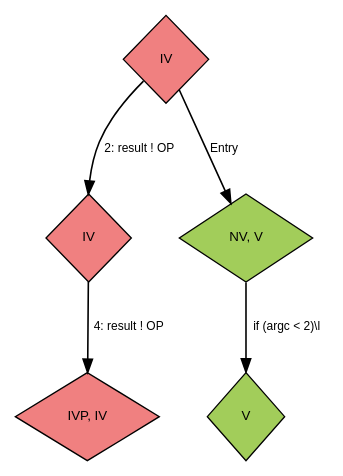
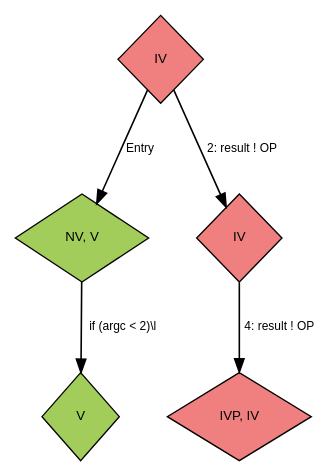
The diagram in exampleFiles/dots/llvmBasedResults/Verdicts_Propagated_DOT.dot (FelicitasGarcia/MimicryMonitor), drawn with Graphviz before and after one commit. The commit also changed other lines of this file and 29 other files, not shown here.

```diff
--- a/exampleFiles/dots/llvmBasedResults/Verdicts_Propagated_DOT.dot
+++ b/exampleFiles/dots/llvmBasedResults/Verdicts_Propagated_DOT.dot
@@ -1,19 +1,19 @@
 digraph Verdicts_Propagated {
   rankdir=TB; // Top to bottom layout
   rank=min;
   nodesep=0.5; // Increase node separation
   ranksep=0.8; // Increase rank separation
 edge [curvature=0.3];  node [fontname="Helvetica", fontsize=10];
   edge [fontname="Helvetica", fontsize=9];
 
-  15 [label="IV", style=filled, fillcolor="lightcoral", shape=diamond, margin="0.15,0.15"];
-  21 [label="V", style=filled, fillcolor="darkolivegreen3", shape=diamond, margin="0.15,0.15"];
-  40 [label="IVP, IV", style=filled, fillcolor="lightcoral", shape=diamond, margin="0.15,0.15"];
   0 [label="IV", style=filled, fillcolor="lightcoral", shape=diamond, margin="0.15,0.15"];
   12 [label="NV, V", style=filled, fillcolor="darkolivegreen3", shape=diamond, margin="0.15,0.15"];
+  15 [label="IV", style=filled, fillcolor="lightcoral", shape=diamond, margin="0.15,0.15"];
+  40 [label="IVP, IV", style=filled, fillcolor="lightcoral", shape=diamond, margin="0.15,0.15"];
+  21 [label="V", style=filled, fillcolor="darkolivegreen3", shape=diamond, margin="0.15,0.15"];
 
   12 -> 21 [label="if (argc \< 2)\\l", id=16, arrowhead=normal, penwidth=1.2];
   0 -> 15 [label="2: result ! OP", id=20, arrowhead=normal, penwidth=1.2];
   15 -> 40 [label="4: result ! OP", id=20, arrowhead=normal, penwidth=1.2];
   0 -> 12 [label="Entry", id=31, arrowhead=normal, penwidth=1.2];
 }
```
